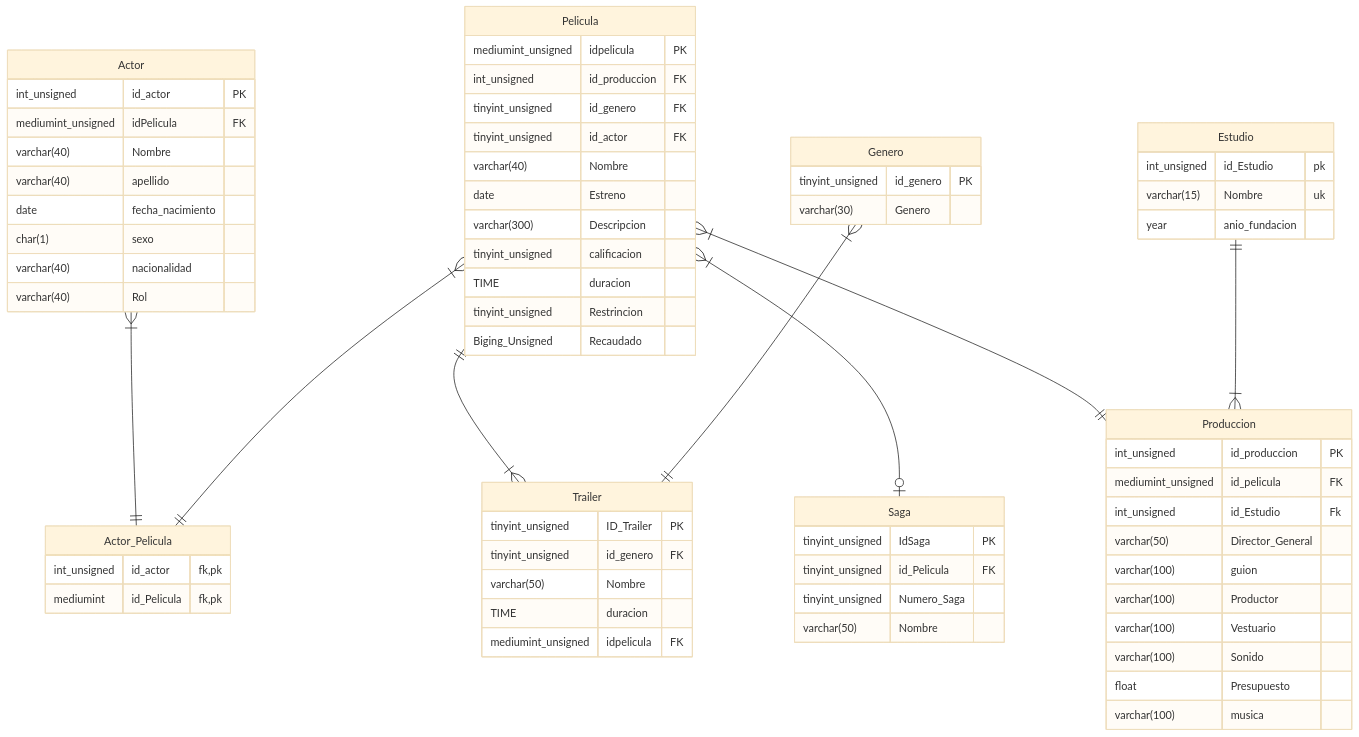
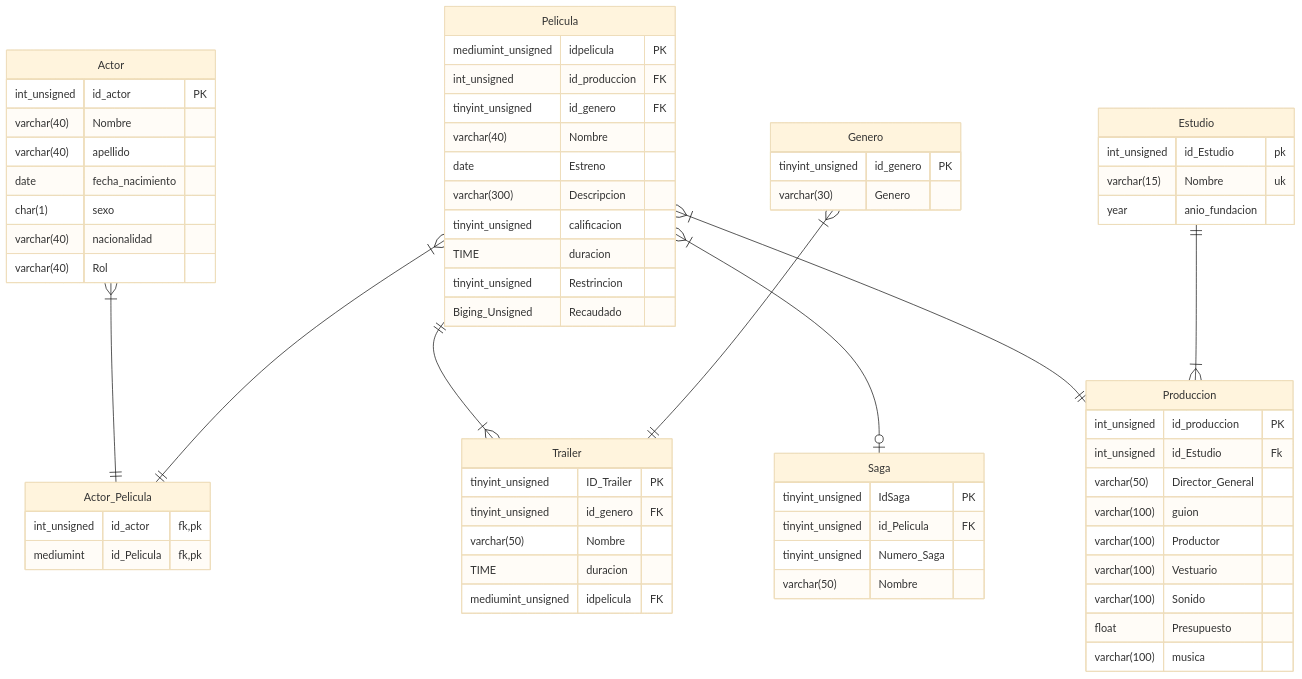
One commit to SirFrancis2007/MySQL-Cine changed the diagram in readme.md. Above: the diagram before and after it, drawn with Mermaid (base theme). The commit also changed 13 other files, not shown here.

```diff
--- a/readme.md
+++ b/readme.md
@@ -8,7 +8,6 @@
 mediumint_unsigned idpelicula PK
 int_unsigned id_produccion FK
 tinyint_unsigned id_genero FK
-tinyint_unsigned id_actor  FK
 varchar(40) Nombre
 date Estreno
 varchar(300) Descripcion
@@ -21,7 +20,6 @@
 
 Produccion{
 int_unsigned id_produccion PK
-mediumint_unsigned id_pelicula FK
 int_unsigned  id_Estudio Fk
 varchar(50) Director_General
 varchar(100) guion
@@ -58,7 +56,6 @@
 
 Actor{
    int_unsigned id_actor PK
-   mediumint_unsigned idPelicula FK
    varchar(40) Nombre
    varchar(40) apellido
    date fecha_nacimiento
```
